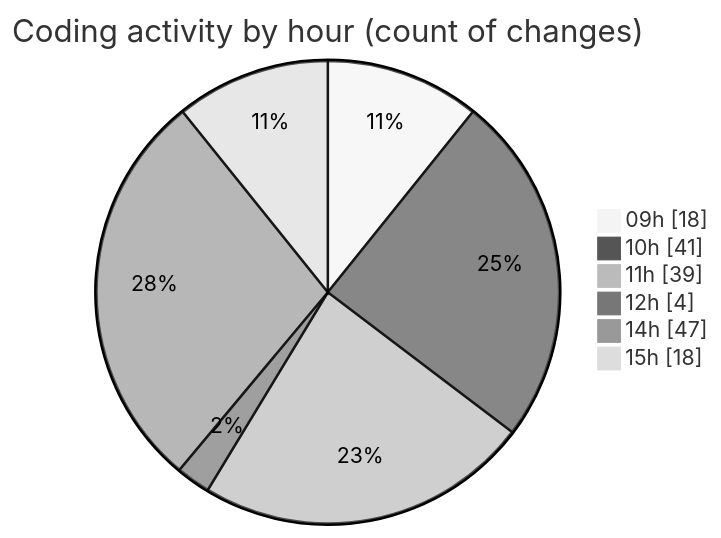
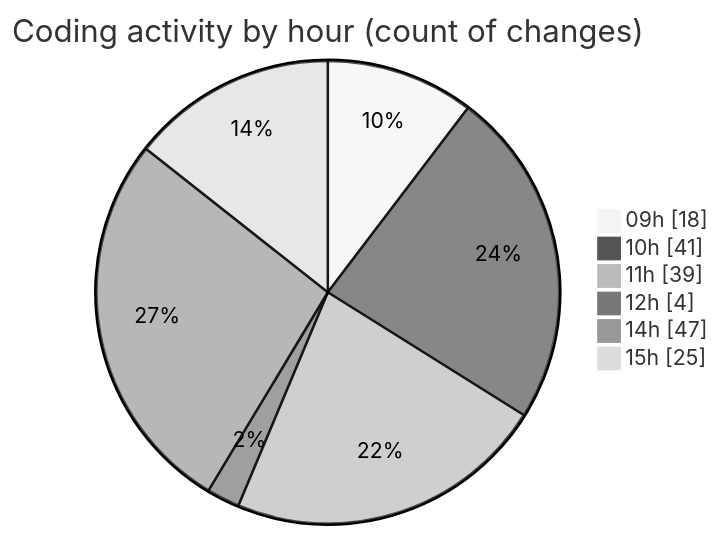
The second of 2 diagrams in 2025-02-11/cda/README.md (momahboobian/code-tracking), drawn with Mermaid (neutral theme) before and after one commit. The commit also changed other lines of this file and 1 other file, not shown here.

````diff
--- a/2025-02-11/cda/README.md
+++ b/2025-02-11/cda/README.md
@@ -34,10 +34,10 @@
 ```mermaid
 pie showData
 title Coding activity by hour (count of changes)
 "09h" : 18
 "10h" : 41
 "11h" : 39
 "12h" : 4
 "14h" : 47
-"15h" : 18
+"15h" : 25
 ```
````
